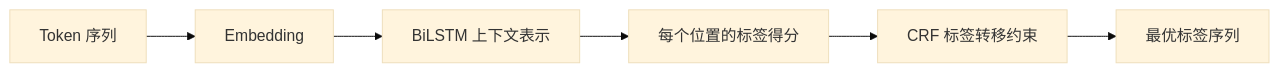
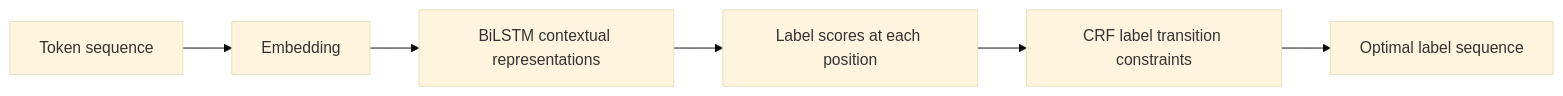
Before and after one commit to oudbiao/AI-fullstack-course: the first of 2 diagrams in docs/ch11-nlp/ch04-sequence-labeling/02-bilstm-crf.md, drawn with Mermaid (base theme). The commit also changed other lines of this file and 1406 other files, not shown here.

````diff
--- a/docs/ch11-nlp/ch04-sequence-labeling/02-bilstm-crf.md
+++ b/docs/ch11-nlp/ch04-sequence-labeling/02-bilstm-crf.md
@@ -31,8 +31,8 @@
 ```mermaid
 flowchart LR
-  A[Token 序列] --> B[Embedding]
-  B --> C[BiLSTM 上下文表示]
-  C --> D[每个位置的标签得分]
-  D --> E[CRF 标签转移约束]
-  E --> F[最优标签序列]
+  A[Token sequence] --> B[Embedding]
+  B --> C[BiLSTM contextual representations]
+  C --> D[Label scores at each position]
+  D --> E[CRF label transition constraints]
+  E --> F[Optimal label sequence]
 ```
````
